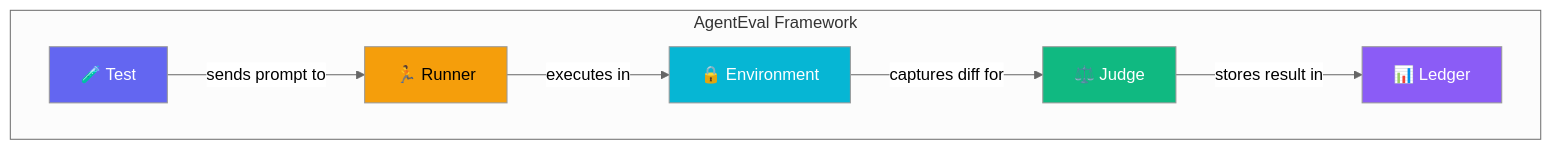
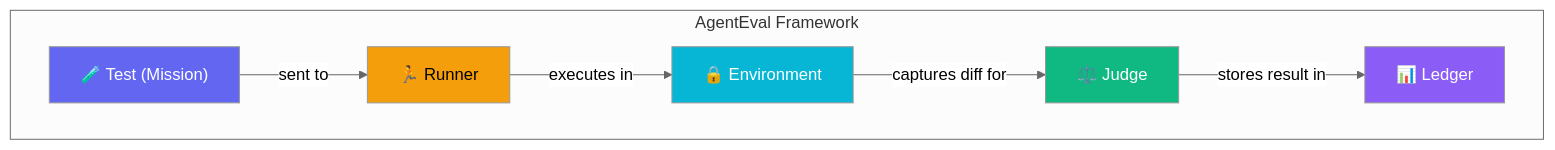
Before and after one commit to Tlahey/agent-eval: the second of 3 diagrams in apps/docs/guide/introduction.md, drawn with Mermaid (neutral theme). The commit also changed other lines of this file and 59 other files, not shown here.

````diff
--- a/apps/docs/guide/introduction.md
+++ b/apps/docs/guide/introduction.md
@@ -57,21 +37,21 @@
 ```mermaid
 flowchart TD
     subgraph Framework["AgentEval Framework"]
-        TEST["🧪 Test"]
+        TEST["🧪 Test (Mission)"]
         RUNNER["🏃 Runner"]
         ENV["🔒 Environment"]
         JUDGE["⚖️ Judge"]
         LEDGER["📊 Ledger"]
     end
 
-    TEST -->|"sends prompt to"| RUNNER
+    TEST -->|"sent to"| RUNNER
     RUNNER -->|"executes in"| ENV
     ENV -->|"captures diff for"| JUDGE
     JUDGE -->|"stores result in"| LEDGER
 
     style TEST fill:#6366f1,color:#fff
     style RUNNER fill:#f59e0b,color:#000
     style ENV fill:#06b6d4,color:#fff
     style JUDGE fill:#10b981,color:#fff
     style LEDGER fill:#8b5cf6,color:#fff
 ```
````
